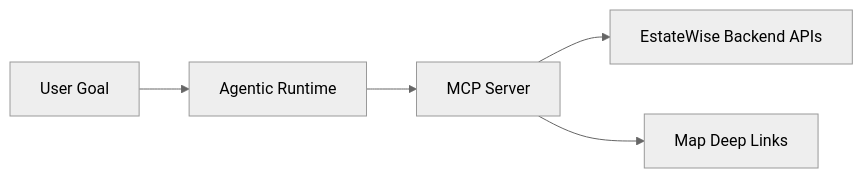
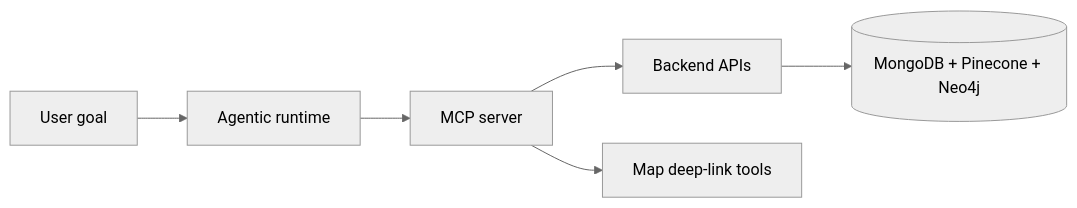
The first of 3 diagrams in mintlify-ai-docs/ai/agentic-mcp.mdx (sisterai/estate-assistant-system), drawn with Mermaid (neutral theme) before and after one commit. The commit also changed other lines of this file and 21 other files, not shown here.

Commit message:
feat(docs): enhance documentation with runtime architecture, protocol decision guide, and command selection flow

````diff
--- a/mintlify-ai-docs/ai/agentic-mcp.mdx
+++ b/mintlify-ai-docs/ai/agentic-mcp.mdx
@@ -52,7 +13,8 @@
 ```mermaid
 flowchart LR
-  UserGoal[User Goal] --> AR[Agentic Runtime]
-  AR --> MCP[MCP Server]
-  MCP --> API[EstateWise Backend APIs]
-  MCP --> UI[Map Deep Links]
+  Goal[User goal] --> Runtime[Agentic runtime]
+  Runtime --> MCP[MCP server]
+  MCP --> BE[Backend APIs]
+  MCP --> Map[Map deep-link tools]
+  BE --> Data[(MongoDB + Pinecone + Neo4j)]
 ```
````
